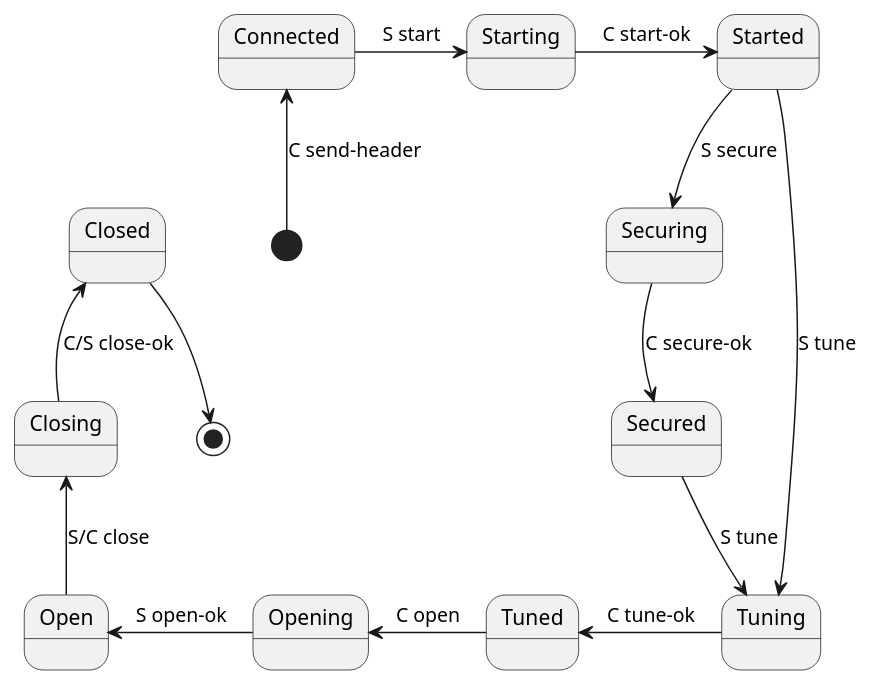
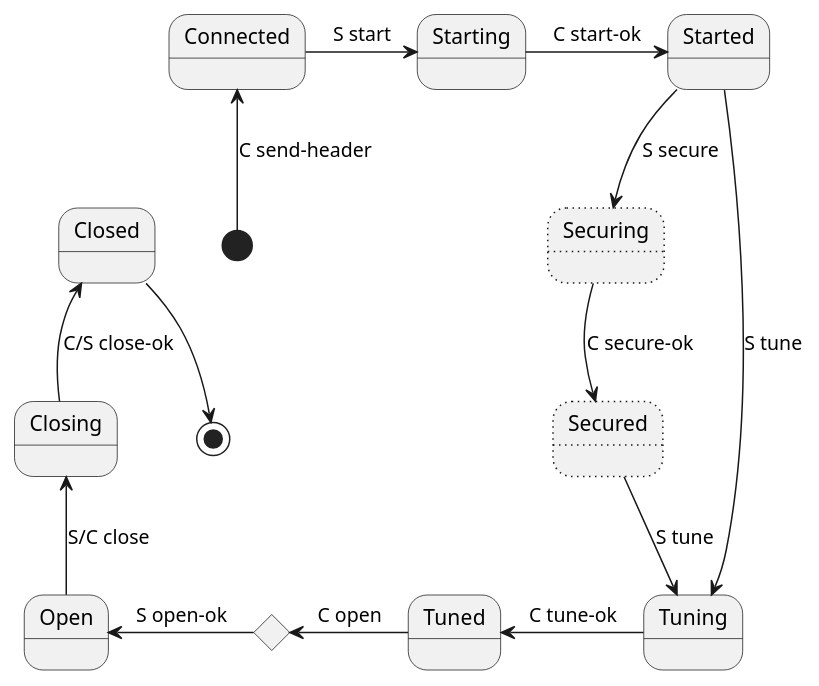
One commit to bilus/amqp-server changed the diagram in doc/design.org. Above: the diagram before and after it, drawn with PlantUML. The commit also changed 4 other files, not shown here.

```diff
--- a/doc/design.org
+++ b/doc/design.org
@@ -42,15 +42,24 @@
 #+begin_src plantuml :file states.png
+skinparam state {
+        BorderColor<<internal>> gray
+}
 [*]-u->Connected: C send-header
 Connected->Starting: S start
 Starting->Started: C start-ok
 Started-->Securing: S secure
+state Securing #line.dotted
+state Secured #line.dotted
 Securing-->Secured: C secure-ok
 Secured-->Tuning: S tune
+/'
+ ' state Started #line.dotted : implicit
+ '/
 Started-->Tuning: S tune
 Tuning-l->Tuned: C tune-ok
+state Opening <<choice>>
 Tuned-l->Opening: C open
 Opening-l->Open: S open-ok
 Open-u->Closing: S/C close
 Closing-u->Closed: C/S close-ok
 Closed-->[*]
 #+end_src
```
